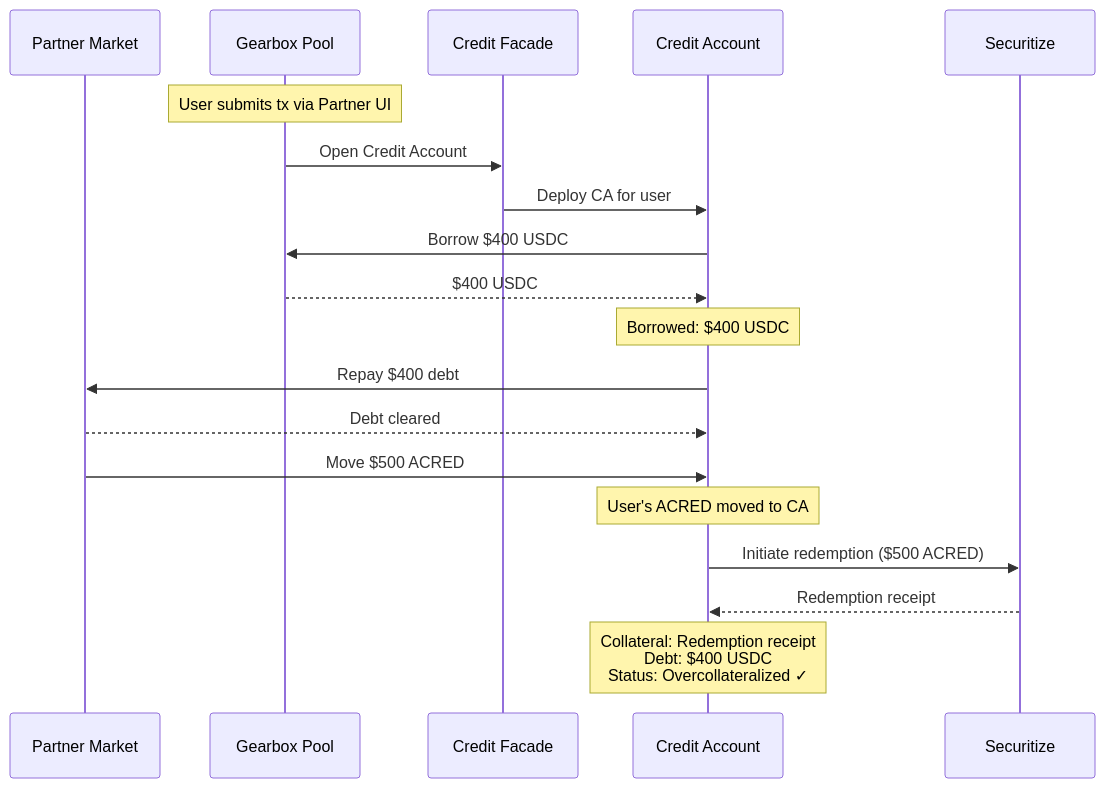
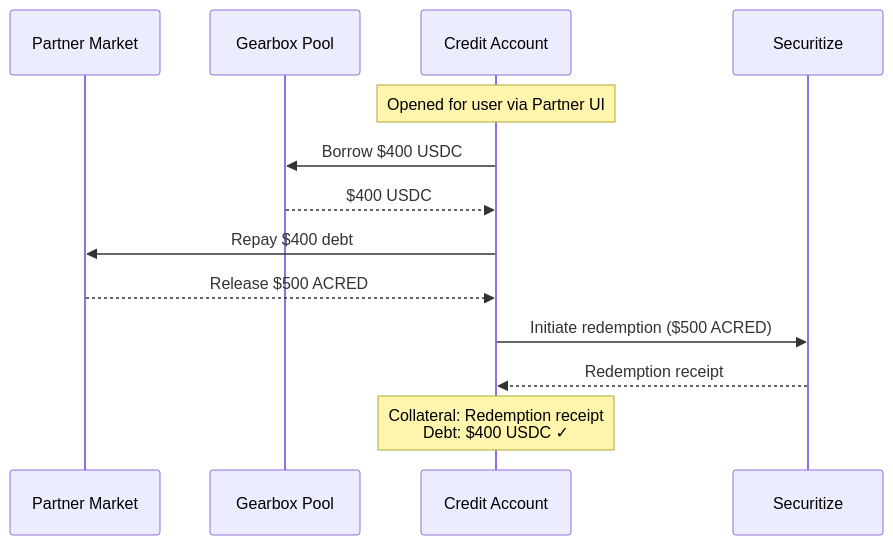
One commit to Gearbox-protocol/docs-knowledge changed the seventh of 10 diagrams in reference/usecase-faster-rwa-settlement-with-leverage.md. Above: the diagram before and after it, drawn with Mermaid. The commit also changed other lines of this file, not shown here.

````diff
--- a/reference/usecase-faster-rwa-settlement-with-leverage.md
+++ b/reference/usecase-faster-rwa-settlement-with-leverage.md
@@ -279,22 +323,16 @@
 ```mermaid
 sequenceDiagram
     participant M as Partner Market
     participant GP as Gearbox Pool
-    participant CF as Credit Facade
     participant CA as Credit Account
     participant S as Securitize
-    
-    Note over GP: User submits tx via Partner UI
-    GP->>CF: Open Credit Account
-    CF->>CA: Deploy CA for user
+
+    Note over CA: Opened for user via Partner UI
     CA->>GP: Borrow $400 USDC
     GP-->>CA: $400 USDC
-    Note over CA: Borrowed: $400 USDC
     CA->>M: Repay $400 debt
-    M-->>CA: Debt cleared
-    M->>CA: Move $500 ACRED
-    Note over CA: User's ACRED moved to CA
+    M-->>CA: Release $500 ACRED
     CA->>S: Initiate redemption ($500 ACRED)
     S-->>CA: Redemption receipt
-    Note over CA: Collateral: Redemption receipt<br/>Debt: $400 USDC<br/>Status: Overcollateralized ✓
+    Note over CA: Collateral: Redemption receipt<br/>Debt: $400 USDC ✓
 ```
````
